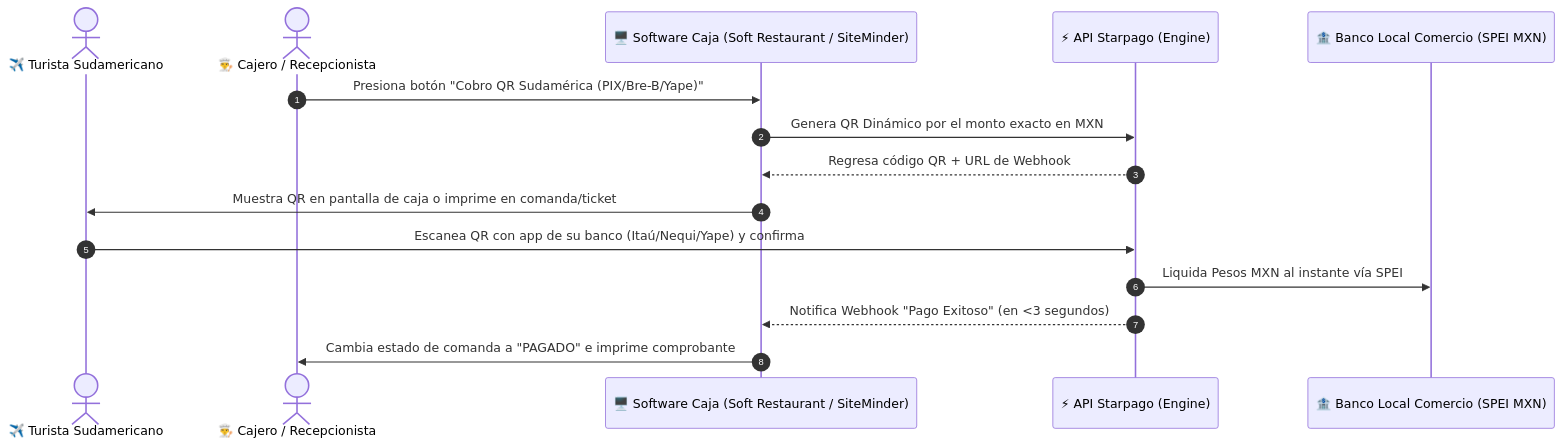
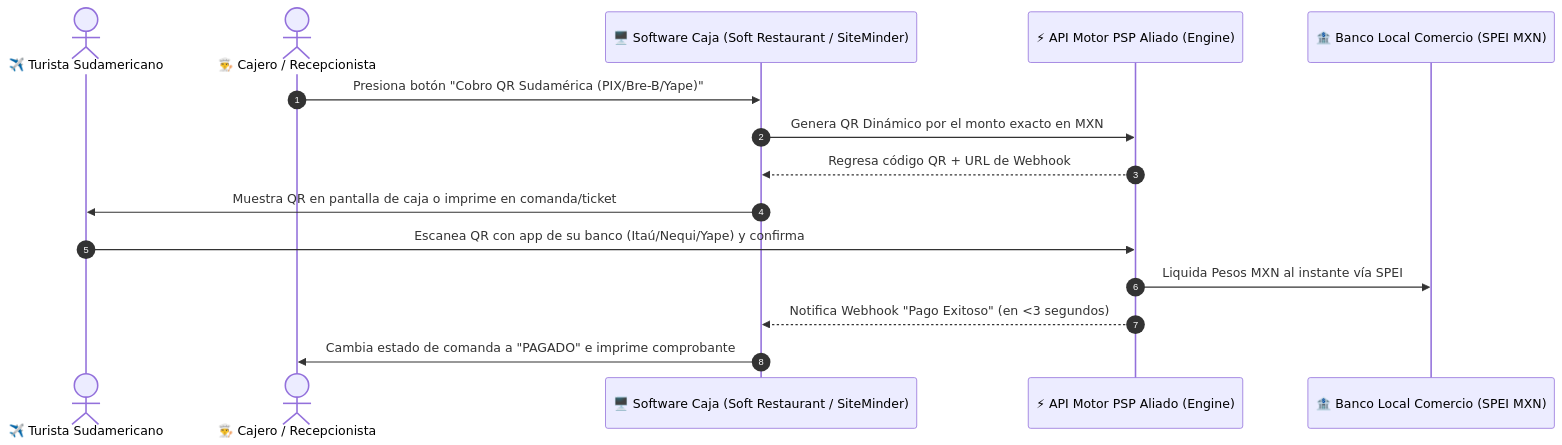
One commit to agutierrez11/riviera-maya-payments changed the diagram in ARQUITECTURA_API_PMS_ZERO_HARDWARE.md. Above: the diagram before and after it, drawn with Mermaid. The commit also changed other lines of this file and 11 other files, not shown here.

````diff
--- a/ARQUITECTURA_API_PMS_ZERO_HARDWARE.md
+++ b/ARQUITECTURA_API_PMS_ZERO_HARDWARE.md
@@ -23,18 +23,18 @@
 ```mermaid
 sequenceDiagram
     autonumber
     actor Turista as ✈️ Turista Sudamericano
     actor Cajero as 👨‍🍳 Cajero / Recepcionista
     participant PMS as 🖥️ Software Caja (Soft Restaurant / SiteMinder)
-    participant API as ⚡ API Starpago (Engine)
+    participant API as ⚡ API Motor PSP Aliado (Engine)
     participant Banco as 🏦 Banco Local Comercio (SPEI MXN)
 
     Cajero->>PMS: Presiona botón "Cobro QR Sudamérica (PIX/Bre-B/Yape)"
     PMS->>API: Genera QR Dinámico por el monto exacto en MXN
     API-->>PMS: Regresa código QR + URL de Webhook
     PMS->>Turista: Muestra QR en pantalla de caja o imprime en comanda/ticket
     Turista->>API: Escanea QR con app de su banco (Itaú/Nequi/Yape) y confirma
     API->>Banco: Liquida Pesos MXN al instante vía SPEI
     API-->>PMS: Notifica Webhook "Pago Exitoso" (en <3 segundos)
     PMS->>Cajero: Cambia estado de comanda a "PAGADO" e imprime comprobante
 ```
````
